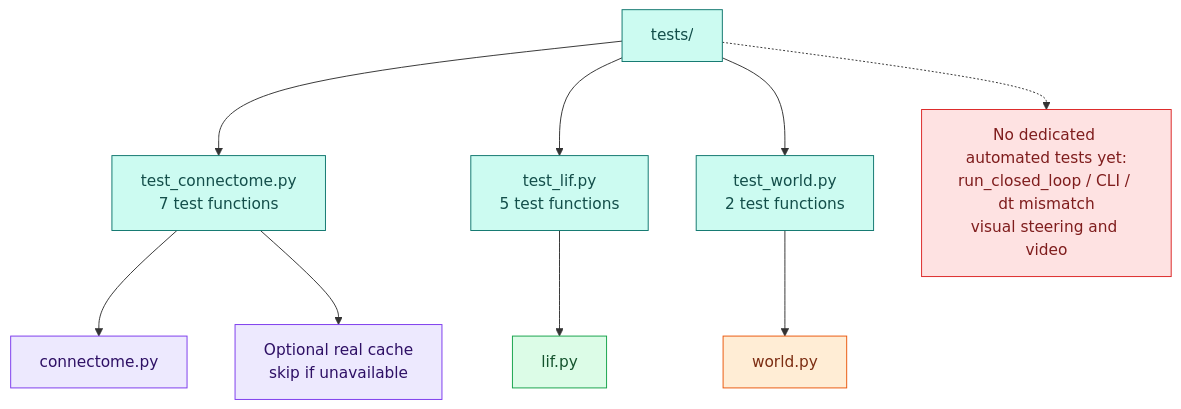
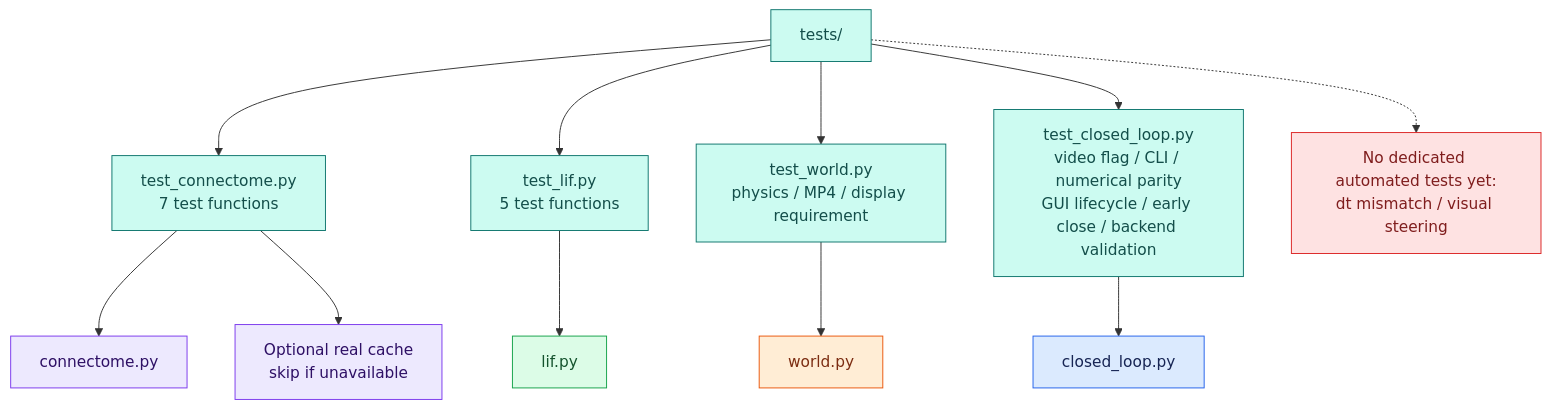
One commit to ROM-robotics/fruit_fly_brain changed diagram 13 of 13 in README/02_CODE.md. Above: the diagram before and after it, drawn with Mermaid. The commit also changed other lines of this file and 10 other files, not shown here.

````diff
--- a/README/02_CODE.md
+++ b/README/02_CODE.md
@@ -727,24 +750,28 @@
 ```mermaid
 flowchart TD
     tests["tests/"]:::record
     tc["test_connectome.py<br/>7 test functions"]:::record
     tl["test_lif.py<br/>5 test functions"]:::record
-    tw["test_world.py<br/>2 test functions"]:::record
+    tw["test_world.py<br/>physics / MP4 / display requirement"]:::record
+    tv["test_closed_loop.py<br/>video flag / CLI / numerical parity<br/>GUI lifecycle / early close / backend validation"]:::record
+    loop["closed_loop.py"]:::control
     conn["connectome.py"]:::data
     lif["lif.py"]:::brain
     world["world.py"]:::world
     cache["Optional real cache<br/>skip if unavailable"]:::data
-    gap["No dedicated automated tests yet:<br/>run_closed_loop / CLI / dt mismatch<br/>visual steering and video"]:::error
+    gap["No dedicated automated tests yet:<br/>dt mismatch / visual steering"]:::error
 
     tests --> tc --> conn
     tests --> tl --> lif
     tests --> tw --> world
+    tests --> tv --> loop
     tc --> cache
     tests -.-> gap
 
     classDef record fill:#ccfbf1,stroke:#0f766e,color:#134e4a;
     classDef data fill:#ede9fe,stroke:#7c3aed,color:#2e1065;
     classDef brain fill:#dcfce7,stroke:#16a34a,color:#14532d;
     classDef world fill:#ffedd5,stroke:#ea580c,color:#7c2d12;
+    classDef control fill:#dbeafe,stroke:#2563eb,color:#172554;
     classDef error fill:#fee2e2,stroke:#dc2626,color:#7f1d1d;
 ```
````
